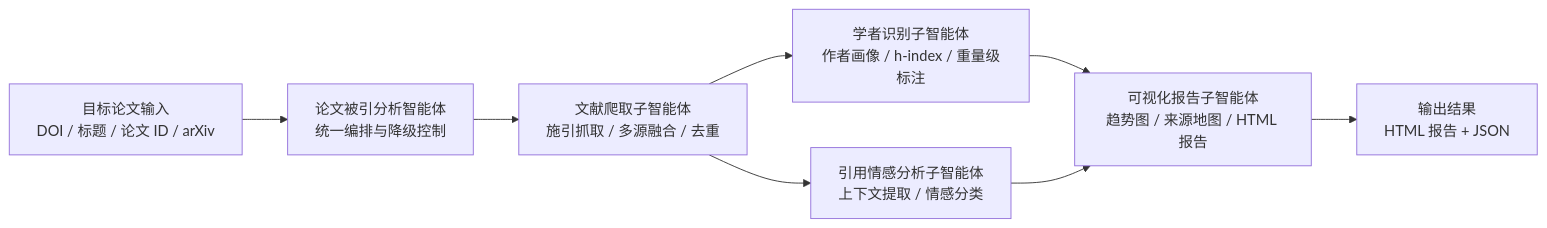
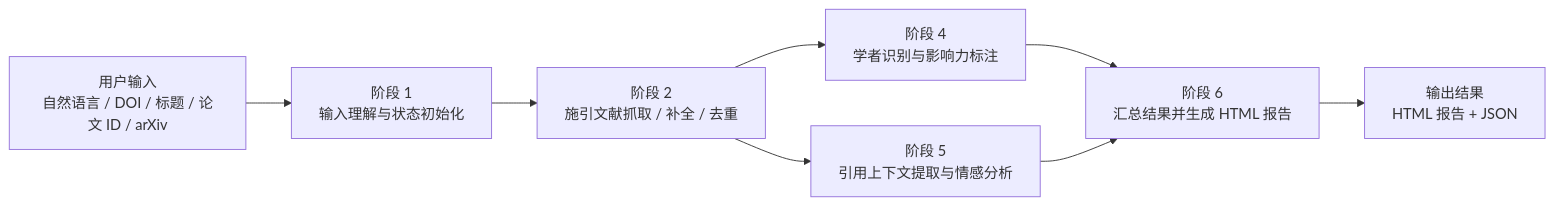
One commit to TimMCBen/CiteAnalyzer-Agent changed the diagram in README.md. Above: the diagram before and after it, drawn with Mermaid. The commit also changed other lines of this file and 7 other files, not shown here.

````diff
--- a/README.md
+++ b/README.md
@@ -26,18 +26,18 @@
 ```mermaid
 flowchart LR
-    paper_input["目标论文输入<br/>DOI / 标题 / 论文 ID / arXiv"]
-    main_agent["论文被引分析智能体<br/>统一编排与降级控制"]
-    crawl_agent["文献爬取子智能体<br/>施引抓取 / 多源融合 / 去重"]
-    scholar_agent["学者识别子智能体<br/>作者画像 / h-index / 重量级标注"]
-    sentiment_agent["引用情感分析子智能体<br/>上下文提取 / 情感分类"]
-    report_agent["可视化报告子智能体<br/>趋势图 / 来源地图 / HTML 报告"]
+    paper_input["用户输入<br/>自然语言 / DOI / 标题 / 论文 ID / arXiv"]
+    parse_stage["阶段 1<br/>输入理解与状态初始化"]
+    fetch_stage["阶段 2<br/>施引文献抓取 / 补全 / 去重"]
+    scholar_stage["阶段 4<br/>学者识别与影响力标注"]
+    sentiment_stage["阶段 5<br/>引用上下文提取与情感分析"]
+    report_stage["阶段 6<br/>汇总结果并生成 HTML 报告"]
     final_output["输出结果<br/>HTML 报告 + JSON"]
 
-    paper_input --> main_agent
-    main_agent --> crawl_agent
-    crawl_agent --> scholar_agent
-    crawl_agent --> sentiment_agent
-    scholar_agent --> report_agent
-    sentiment_agent --> report_agent
-    report_agent --> final_output
+    paper_input --> parse_stage
+    parse_stage --> fetch_stage
+    fetch_stage --> scholar_stage
+    fetch_stage --> sentiment_stage
+    scholar_stage --> report_stage
+    sentiment_stage --> report_stage
+    report_stage --> final_output
 ```
````
